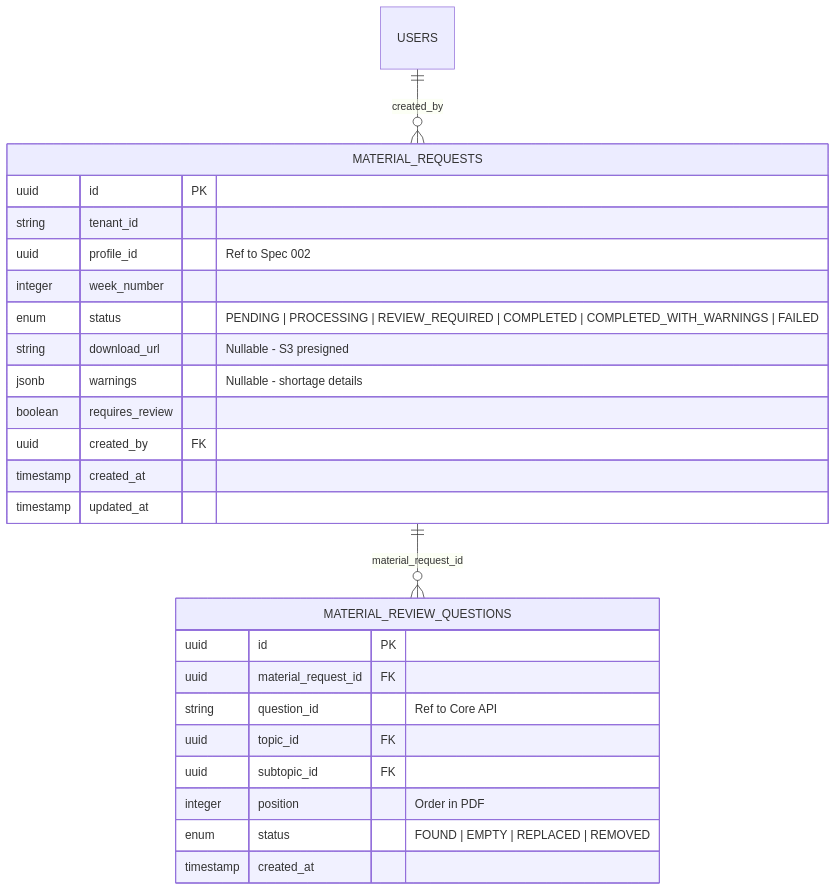
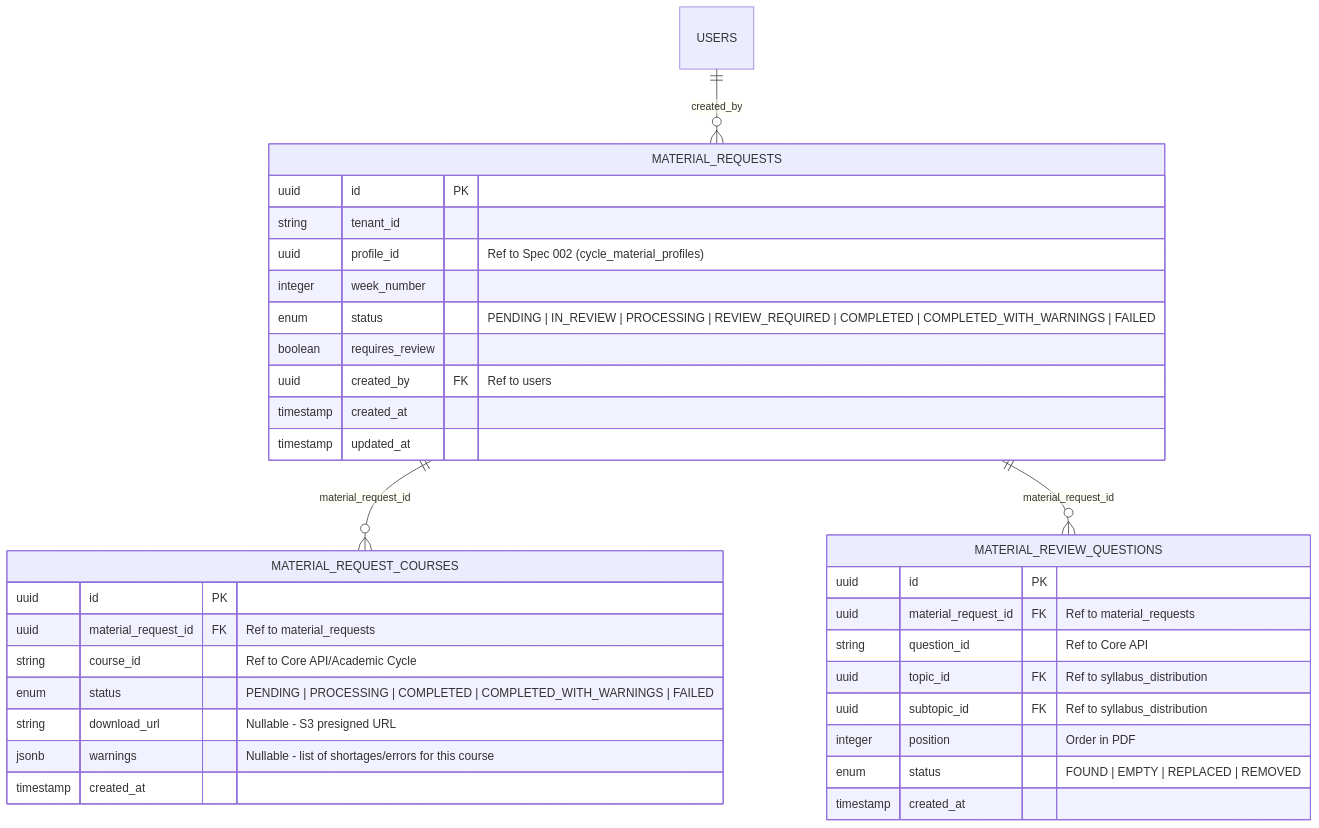
The diagram in specs/004-generacion-revision-materiales/data-model.md (jlandeo-afk/odiseo-new), drawn with Mermaid before and after one commit. The commit also changed other lines of this file and 113 other files, not shown here.

Commit message:
feat: implement material generation and review workflow across backend, worker, and frontend services

````diff
--- a/specs/004-generacion-revision-materiales/data-model.md
+++ b/specs/004-generacion-revision-materiales/data-model.md
@@ -3,30 +3,39 @@
 ```mermaid
 erDiagram
+    MATERIAL_REQUESTS ||--o{ MATERIAL_REQUEST_COURSES : "material_request_id"
     MATERIAL_REQUESTS ||--o{ MATERIAL_REVIEW_QUESTIONS : "material_request_id"
     USERS ||--o{ MATERIAL_REQUESTS : "created_by"
 
     MATERIAL_REQUESTS {
         uuid id PK
         string tenant_id
-        uuid profile_id "Ref to Spec 002"
+        uuid profile_id "Ref to Spec 002 (cycle_material_profiles)"
         integer week_number
-        enum status "PENDING | PROCESSING | REVIEW_REQUIRED | COMPLETED | COMPLETED_WITH_WARNINGS | FAILED"
-        string download_url "Nullable - S3 presigned"
-        jsonb warnings "Nullable - shortage details"
+        enum status "PENDING | IN_REVIEW | PROCESSING | REVIEW_REQUIRED | COMPLETED | COMPLETED_WITH_WARNINGS | FAILED"
         boolean requires_review
-        uuid created_by FK
+        uuid created_by FK "Ref to users"
         timestamp created_at
         timestamp updated_at
     }
 
+    MATERIAL_REQUEST_COURSES {
+        uuid id PK
+        uuid material_request_id FK "Ref to material_requests"
+        string course_id "Ref to Core API/Academic Cycle"
+        enum status "PENDING | PROCESSING | COMPLETED | COMPLETED_WITH_WARNINGS | FAILED"
+        string download_url "Nullable - S3 presigned URL"
+        jsonb warnings "Nullable - list of shortages/errors for this course"
+        timestamp created_at
+    }
+
     MATERIAL_REVIEW_QUESTIONS {
         uuid id PK
-        uuid material_request_id FK
+        uuid material_request_id FK "Ref to material_requests"
         string question_id "Ref to Core API"
-        uuid topic_id FK
-        uuid subtopic_id FK
+        uuid topic_id FK "Ref to syllabus_distribution"
+        uuid subtopic_id FK "Ref to syllabus_distribution"
         integer position "Order in PDF"
         enum status "FOUND | EMPTY | REPLACED | REMOVED"
         timestamp created_at
     }
 ```
````
